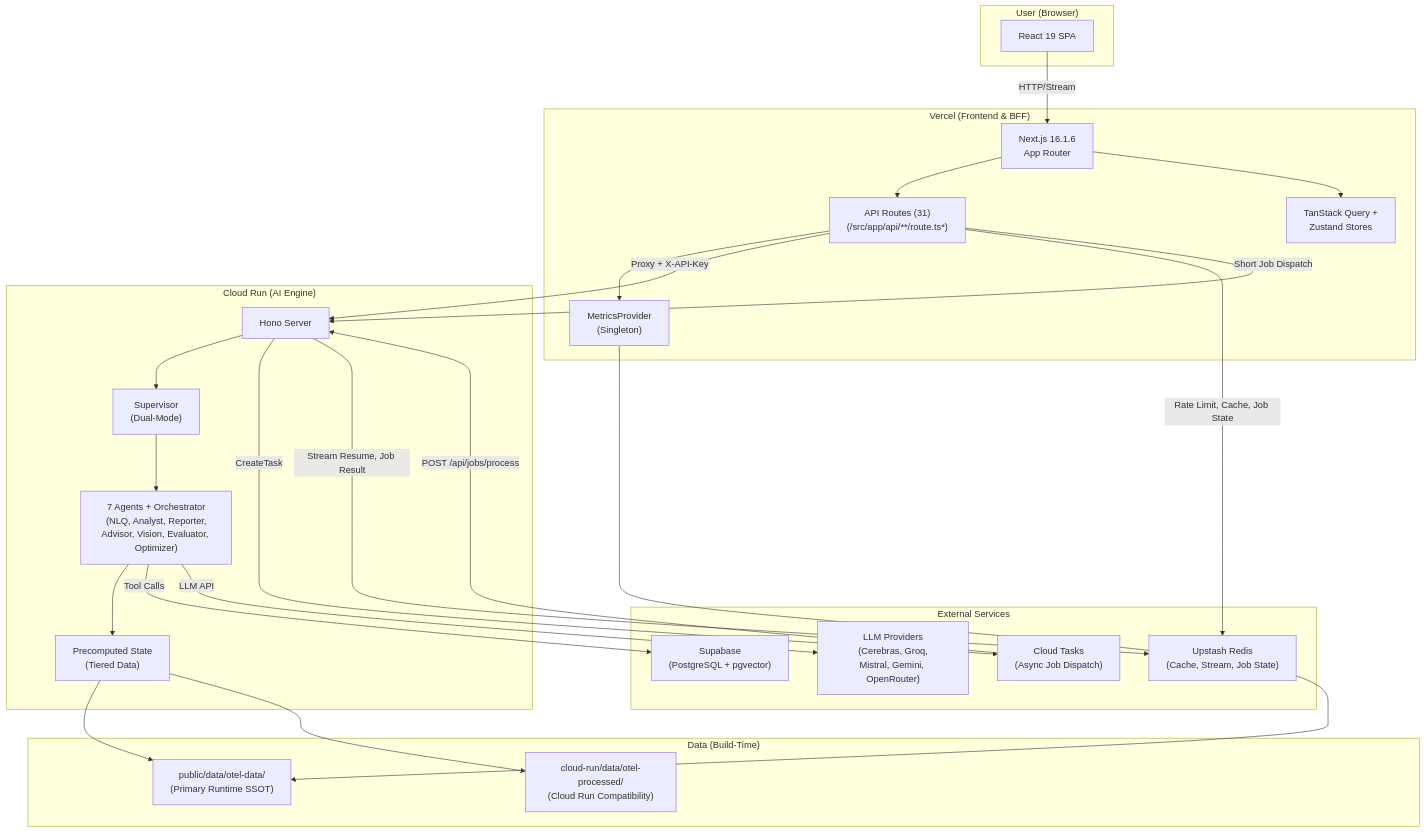
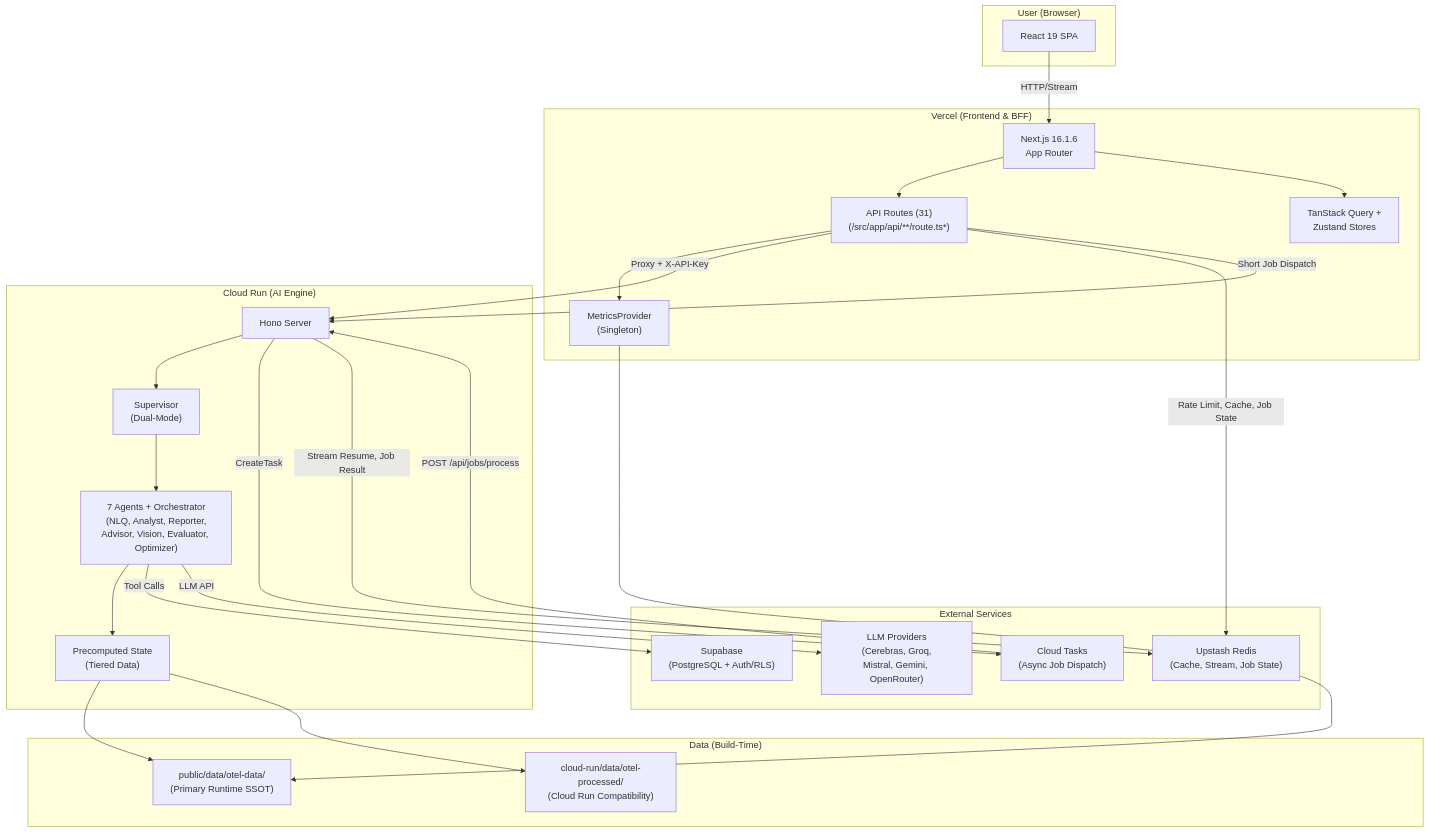
One commit to skyasu2/openmanager-ai changed the diagram in docs/reference/architecture/system/system-architecture-current.md. Above: the diagram before and after it, drawn with Mermaid. The commit also changed other lines of this file and 48 other files, not shown here.

````diff
--- a/docs/reference/architecture/system/system-architecture-current.md
+++ b/docs/reference/architecture/system/system-architecture-current.md
@@ -33,51 +33,51 @@
 ```mermaid
 graph TB
     subgraph User["User (Browser)"]
         UI[React 19 SPA]
     end
 
     subgraph Vercel["Vercel (Frontend & BFF)"]
         NextJS["Next.js 16.1.6<br/>App Router"]
         API["API Routes (31)<br/>(/src/app/api/**/route.ts*)"]
         MP["MetricsProvider<br/>(Singleton)"]
         Providers["TanStack Query +<br/>Zustand Stores"]
     end
 
     subgraph CloudRun["Cloud Run (AI Engine)"]
         Hono["Hono Server"]
         Supervisor["Supervisor<br/>(Dual-Mode)"]
         Agents["7 Agents + Orchestrator<br/>(NLQ, Analyst, Reporter,<br/>Advisor, Vision, Evaluator, Optimizer)"]
         PreComp["Precomputed State<br/>(Tiered Data)"]
     end
 
     subgraph External["External Services"]
-        Supabase["Supabase<br/>(PostgreSQL + pgvector)"]
+        Supabase["Supabase<br/>(PostgreSQL + Auth/RLS)"]
         Redis["Upstash Redis<br/>(Cache, Stream, Job State)"]
         CloudTasks["Cloud Tasks<br/>(Async Job Dispatch)"]
         LLM["LLM Providers<br/>(Cerebras, Groq,<br/>Mistral, Gemini, OpenRouter)"]
     end
 
     subgraph Data["Data (Build-Time)"]
         OTel["public/data/otel-data/<br/>(Primary Runtime SSOT)"]
         Compat["cloud-run/data/otel-processed/<br/>(Cloud Run Compatibility)"]
     end
 
     UI -->|HTTP/Stream| NextJS
     NextJS --> API
     API --> MP
     MP --> OTel
     API -->|Proxy + X-API-Key| Hono
     Hono --> Supervisor
     Supervisor --> Agents
     Agents --> PreComp
     PreComp --> OTel
     PreComp --> Compat
     Agents -->|Tool Calls| Supabase
     Agents -->|LLM API| LLM
     API -->|Rate Limit, Cache, Job State| Redis
     API -->|Short Job Dispatch| Hono
     Hono -->|CreateTask| CloudTasks
     CloudTasks -->|POST /api/jobs/process| Hono
     Hono -->|Stream Resume, Job Result| Redis
     NextJS --> Providers
 ```
````
